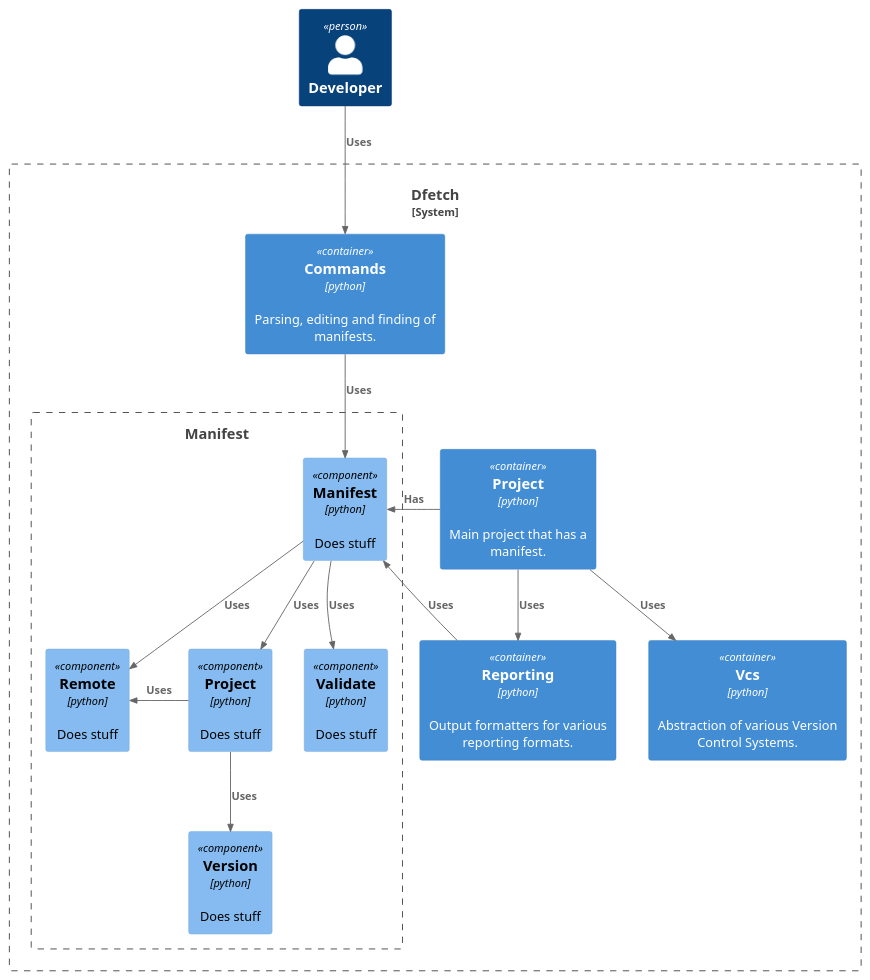
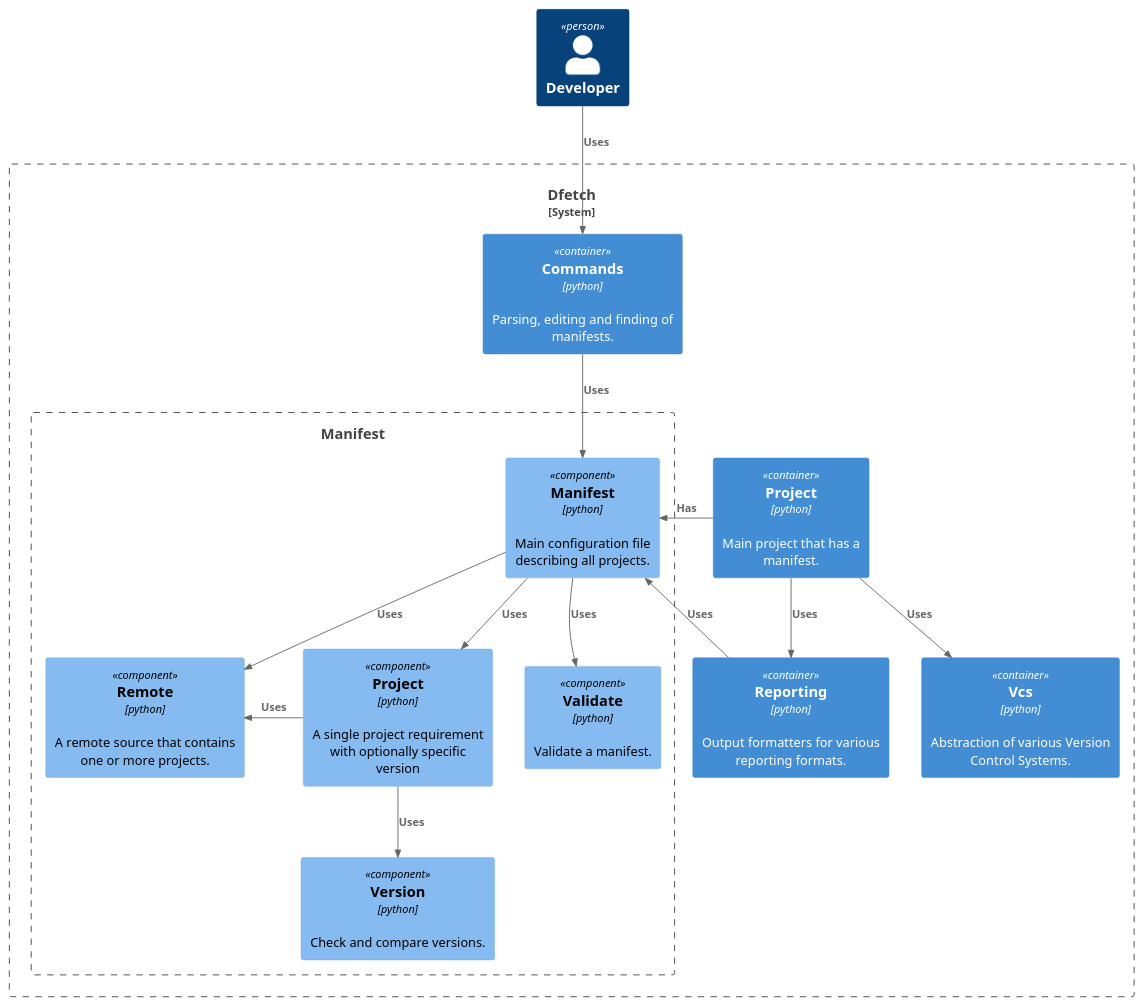
The diagram in doc/static/uml/c3_dfetch_components_manifest.puml (dfetch-org/dfetch), drawn with PlantUML before and after one commit.

Commit message:
Update manifest documentation

```diff
--- a/doc/static/uml/c3_dfetch_components_manifest.puml
+++ b/doc/static/uml/c3_dfetch_components_manifest.puml
@@ -1,38 +1,38 @@
 @startuml
 
 !include https://raw.githubusercontent.com/plantuml-stdlib/C4-PlantUML/master/C4_Component.puml
 
 Person(user, "Developer")
 
 System_Boundary(DFetch, "Dfetch") {
 
     Container(contCommands, "Commands", "python", "Parsing, editing and finding of manifests.")
 
     Boundary(DFetchManifest, "Manifest") {
-        Component(compManifest, "Manifest", "python", "Does stuff")
-        Component(compProject, "Project", "python", "Does stuff")
-        Component(compRemote, "Remote", "python", "Does stuff")
-        Component(compValidate, "Validate", "python", "Does stuff")
-        Component(compVersion, "Version", "python", "Does stuff")
+        Component(compManifest, "Manifest", "python", "Main configuration file describing all projects.")
+        Component(compProject, "Project", "python", "A single project requirement with optionally specific version")
+        Component(compRemote, "Remote", "python", "A remote source that contains one or more projects.")
+        Component(compValidate, "Validate", "python", "Validate a manifest.")
+        Component(compVersion, "Version", "python", "Check and compare versions.")
 
         Rel(compManifest, compProject, "Uses")
         Rel(compProject, compVersion, "Uses")
         Rel_L(compProject, compRemote, "Uses")
         Rel(compManifest, compValidate, "Uses")
         Rel(compManifest, compRemote, "Uses")
     }
 
     Container(contProject, "Project", "python", "Main project that has a manifest.")
     Container(contVcs, "Vcs", "python", "Abstraction of various Version Control Systems.")
     Container(contReporting, "Reporting", "python", "Output formatters for various reporting formats.")
 
     Rel(contCommands, compManifest, "Uses")
     Rel(contProject, contReporting, "Uses")
     Rel_R(contProject, compManifest, "Has")
     Rel_U(contReporting, compManifest, "Uses")
     Rel(contProject, contVcs, "Uses")
 }
 
 Rel(user, contCommands, "Uses")
 
 @enduml
```
